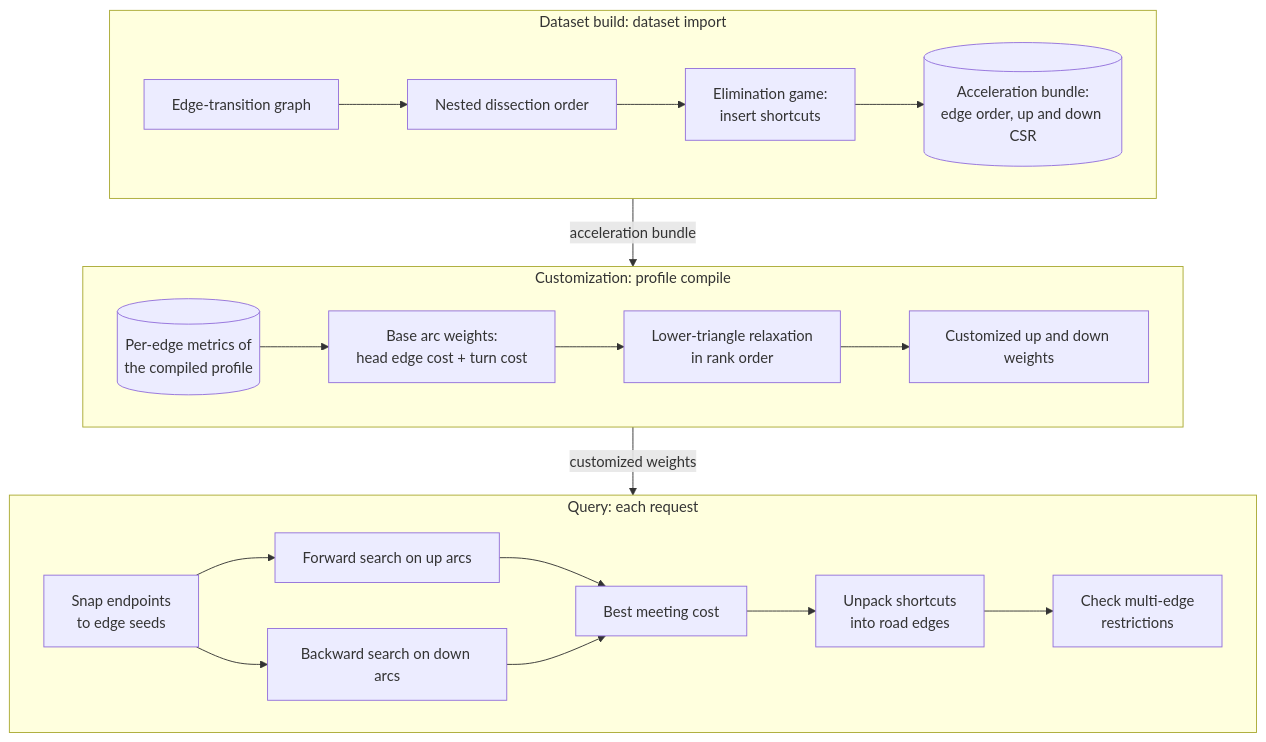
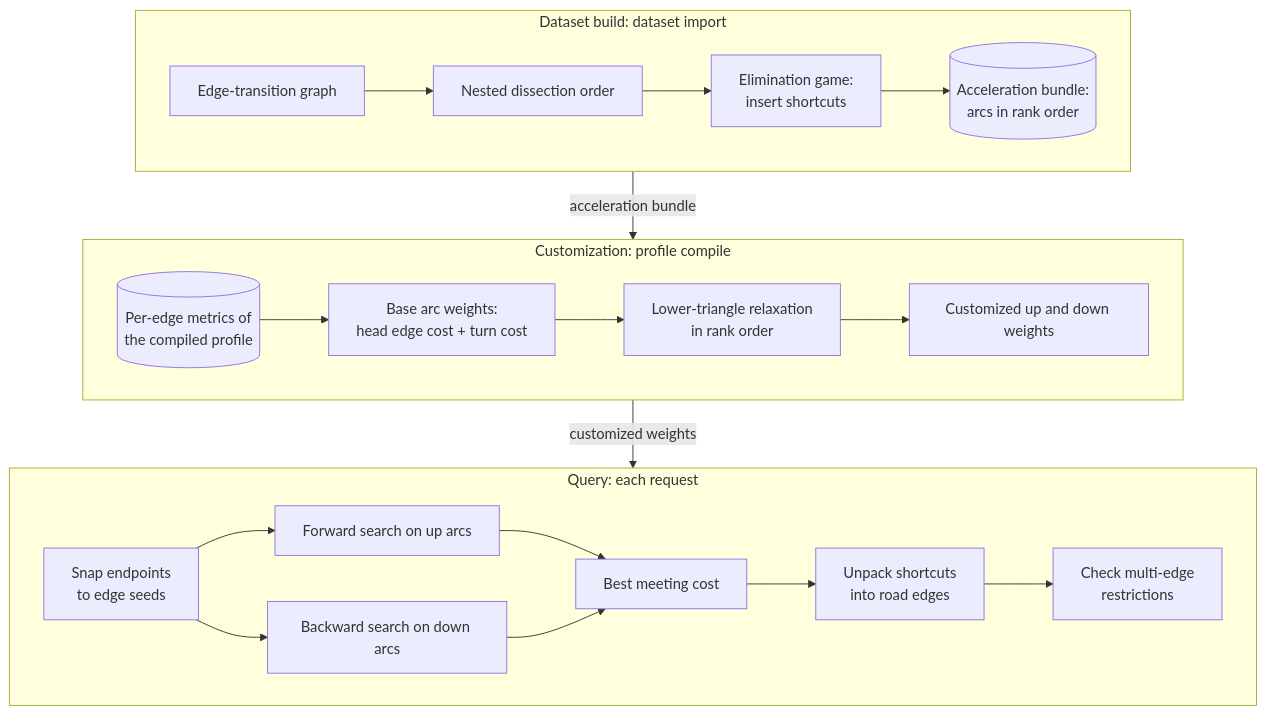
One commit to elqniemi/netweevil changed the diagram in docs/concepts/routing-engine.md. Above: the diagram before and after it, drawn with Mermaid. The commit also changed other lines of this file and 26 other files, not shown here.

````diff
--- a/docs/concepts/routing-engine.md
+++ b/docs/concepts/routing-engine.md
@@ -14,26 +14,26 @@
 ```mermaid
 flowchart TB
     subgraph build [Dataset build: dataset import]
         direction LR
         t[Edge-transition graph] --> nd[Nested dissection order]
         nd --> elim[Elimination game:<br/>insert shortcuts]
-        elim --> bundle[(Acceleration bundle:<br/>edge order, up and down CSR)]
+        elim --> bundle[(Acceleration bundle:<br/>arcs in rank order)]
     end
     subgraph custom [Customization: profile compile]
         direction LR
         met[(Per-edge metrics of<br/>the compiled profile)] --> base[Base arc weights:<br/>head edge cost + turn cost]
         base --> tri[Lower-triangle relaxation<br/>in rank order]
         tri --> w[Customized up and down weights]
     end
     subgraph query [Query: each request]
         direction LR
         snap[Snap endpoints<br/>to edge seeds] --> fwd[Forward search on up arcs]
         snap --> bwd[Backward search on down arcs]
         fwd --> meet[Best meeting cost]
         bwd --> meet
         meet --> unpack[Unpack shortcuts<br/>into road edges]
         unpack --> check[Check multi-edge<br/>restrictions]
     end
     build -- acceleration bundle --> custom
     custom -- customized weights --> query
 ```
````
